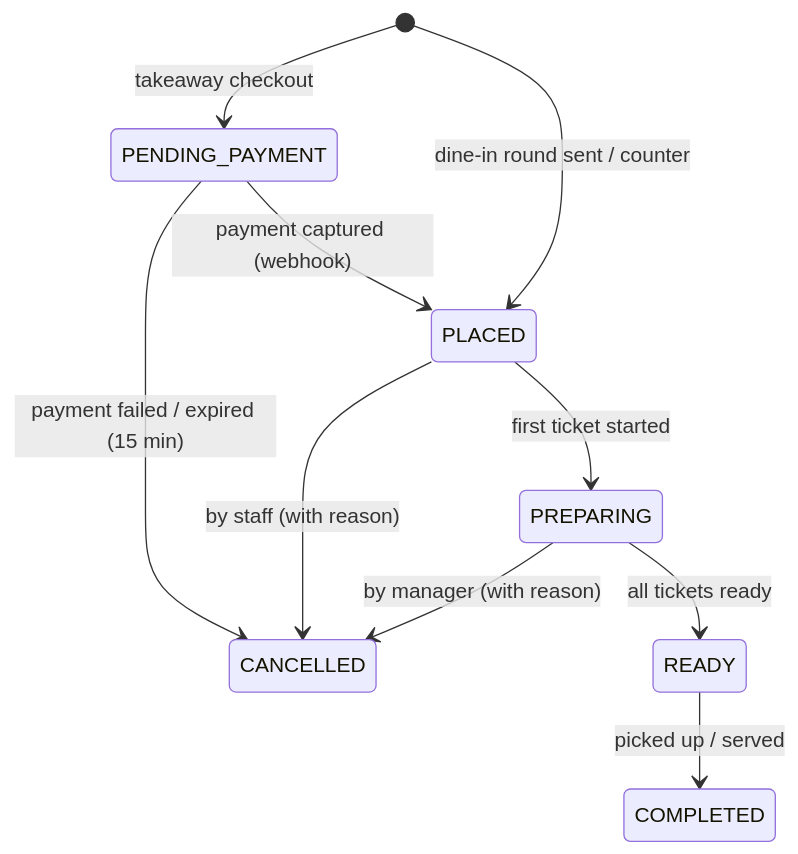
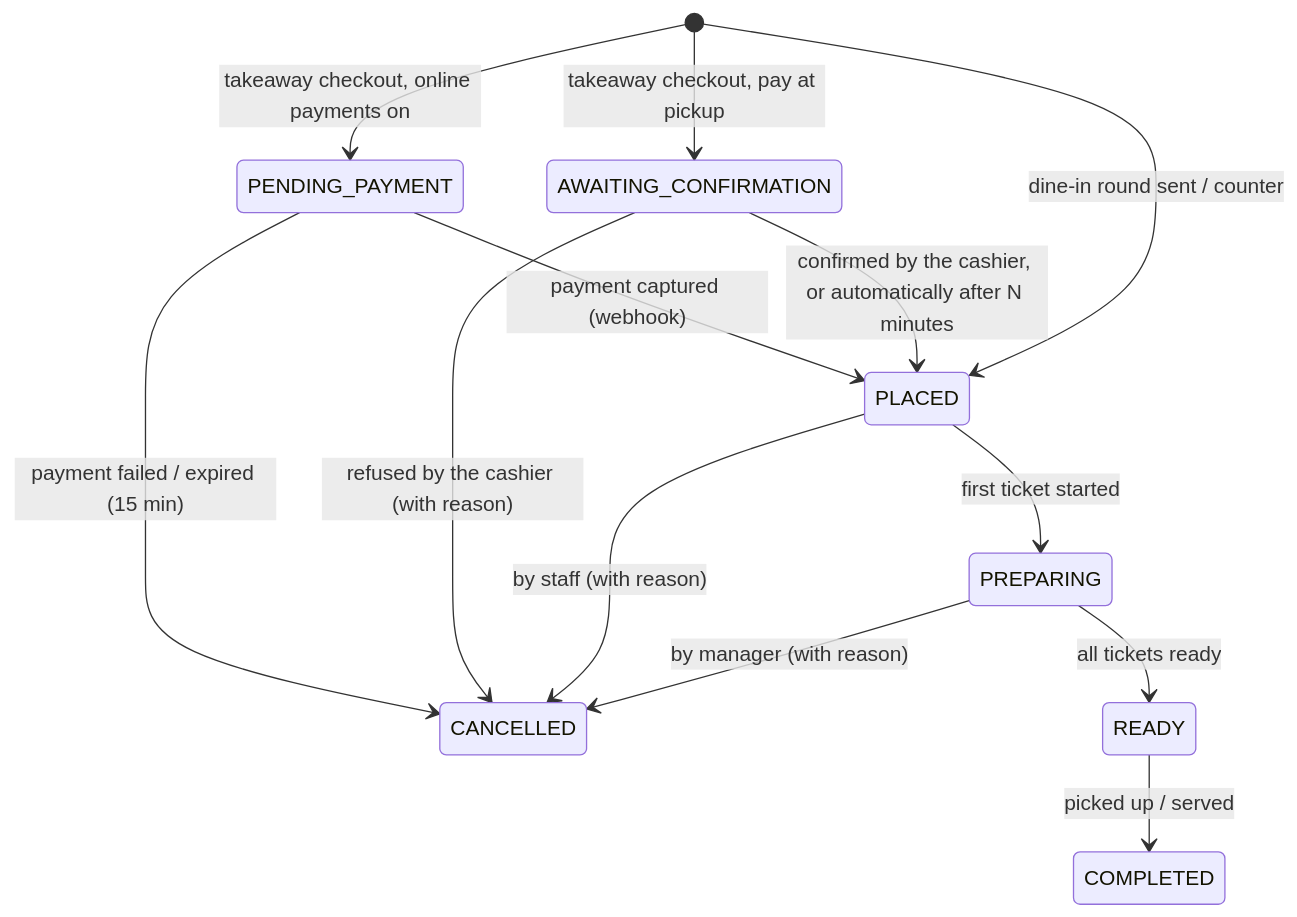
One commit to balmus-apps/amadya changed the diagram in docs/domain/order-lifecycle.md. Above: the diagram before and after it, drawn with Mermaid. The commit also changed other lines of this file and 90 other files, not shown here.

First line of the commit message:
Cashier app: counter orders, confirming phone orders, pay at the counter (#16)

````diff
--- a/docs/domain/order-lifecycle.md
+++ b/docs/domain/order-lifecycle.md
@@ -18,12 +20,15 @@
 ```mermaid
 stateDiagram-v2
-  [*] --> PENDING_PAYMENT: takeaway checkout
+  [*] --> PENDING_PAYMENT: takeaway checkout, online payments on
   PENDING_PAYMENT --> PLACED: payment captured (webhook)
   PENDING_PAYMENT --> CANCELLED: payment failed / expired (15 min)
+  [*] --> AWAITING_CONFIRMATION: takeaway checkout, pay at pickup
+  AWAITING_CONFIRMATION --> PLACED: confirmed by the cashier, or automatically after N minutes
+  AWAITING_CONFIRMATION --> CANCELLED: refused by the cashier (with reason)
   [*] --> PLACED: dine-in round sent / counter
   PLACED --> PREPARING: first ticket started
   PREPARING --> READY: all tickets ready
   READY --> COMPLETED: picked up / served
   PLACED --> CANCELLED: by staff (with reason)
   PREPARING --> CANCELLED: by manager (with reason)
 ```
````
